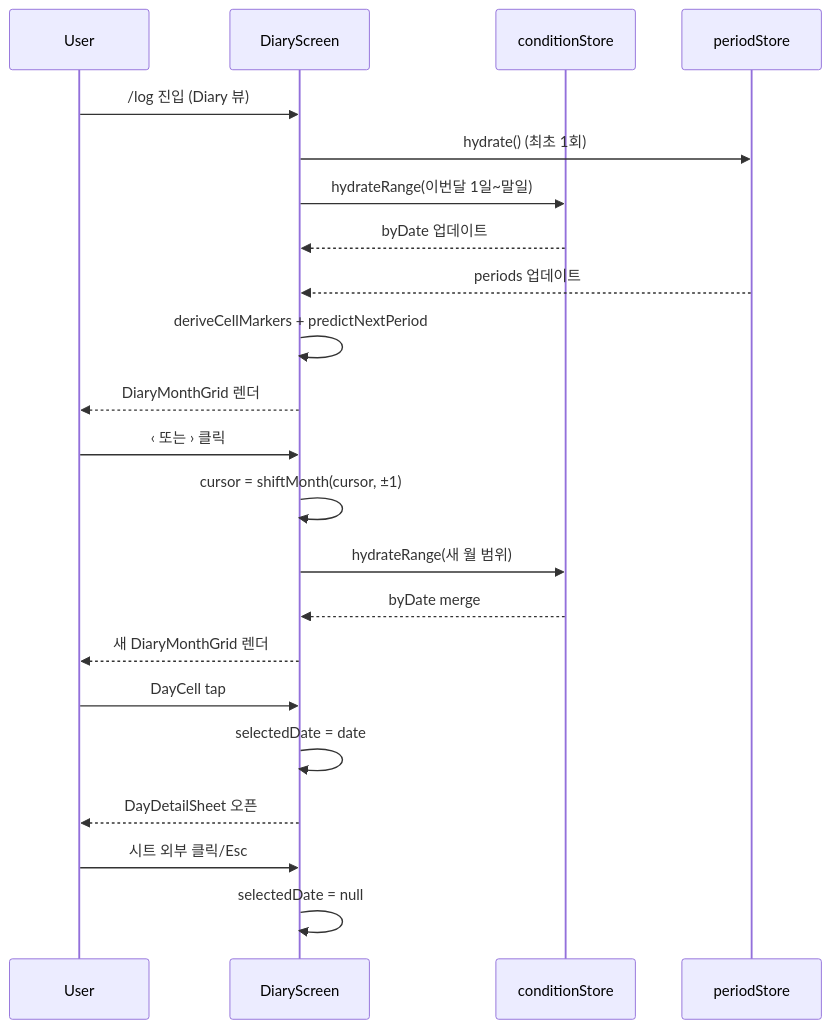
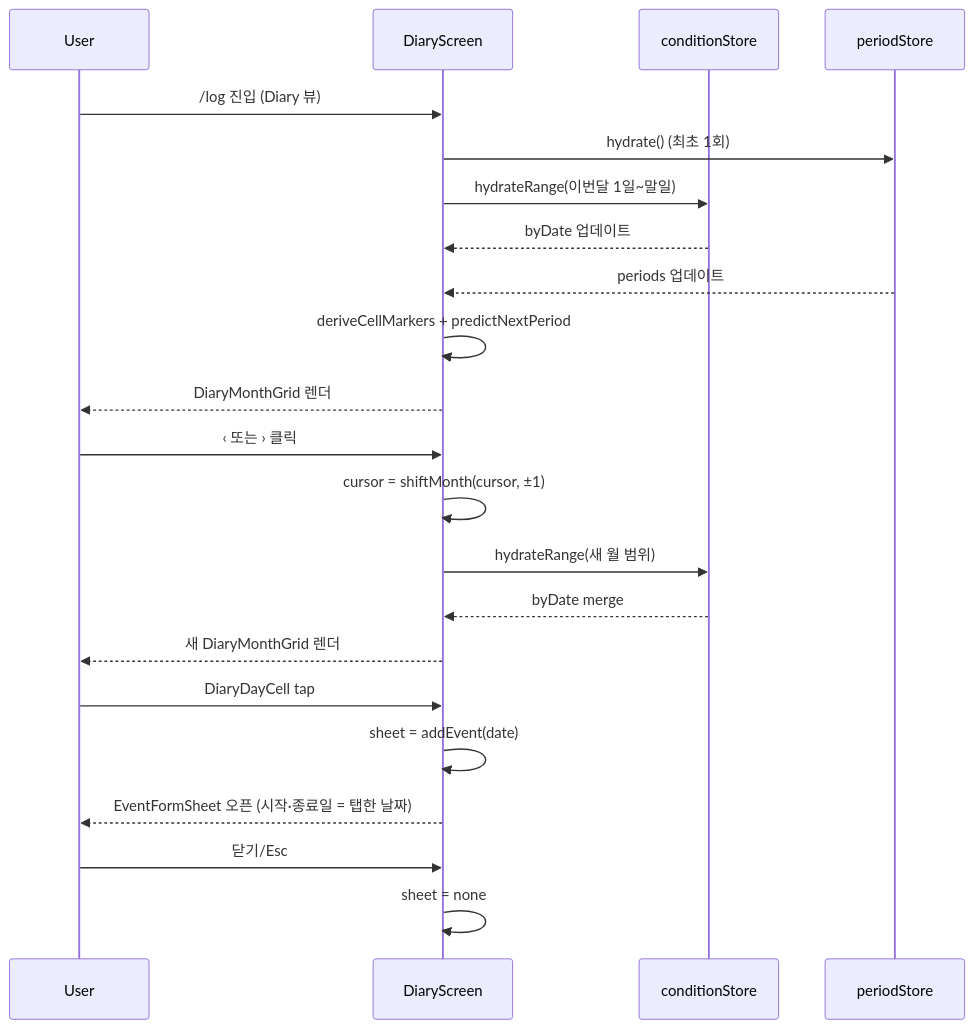
The second of 3 diagrams in docs/flows/calendar.md (soojjung/dwee-wellness-tracker), drawn with Mermaid before and after one commit. The commit also changed other lines of this file and 42 other files, not shown here.

First line of the commit message:
feat(diagnose,diary): static style guide, unpinned result tabs, week-spanning event bars (#53)

````diff
--- a/docs/flows/calendar.md
+++ b/docs/flows/calendar.md
@@ -30,27 +30,27 @@
 ```mermaid
 sequenceDiagram
   participant U as User
   participant D as DiaryScreen
   participant CS as conditionStore
   participant PS as periodStore
 
   U->>D: /log 진입 (Diary 뷰)
   D->>PS: hydrate() (최초 1회)
   D->>CS: hydrateRange(이번달 1일~말일)
   CS-->>D: byDate 업데이트
   PS-->>D: periods 업데이트
   D->>D: deriveCellMarkers + predictNextPeriod
   D-->>U: DiaryMonthGrid 렌더
 
   U->>D: ‹ 또는 › 클릭
   D->>D: cursor = shiftMonth(cursor, ±1)
   D->>CS: hydrateRange(새 월 범위)
   CS-->>D: byDate merge
   D-->>U: 새 DiaryMonthGrid 렌더
 
-  U->>D: DayCell tap
-  D->>D: selectedDate = date
-  D-->>U: DayDetailSheet 오픈
-  U->>D: 시트 외부 클릭/Esc
-  D->>D: selectedDate = null
+  U->>D: DiaryDayCell tap
+  D->>D: sheet = addEvent(date)
+  D-->>U: EventFormSheet 오픈 (시작·종료일 = 탭한 날짜)
+  U->>D: 닫기/Esc
+  D->>D: sheet = none
 ```
````
